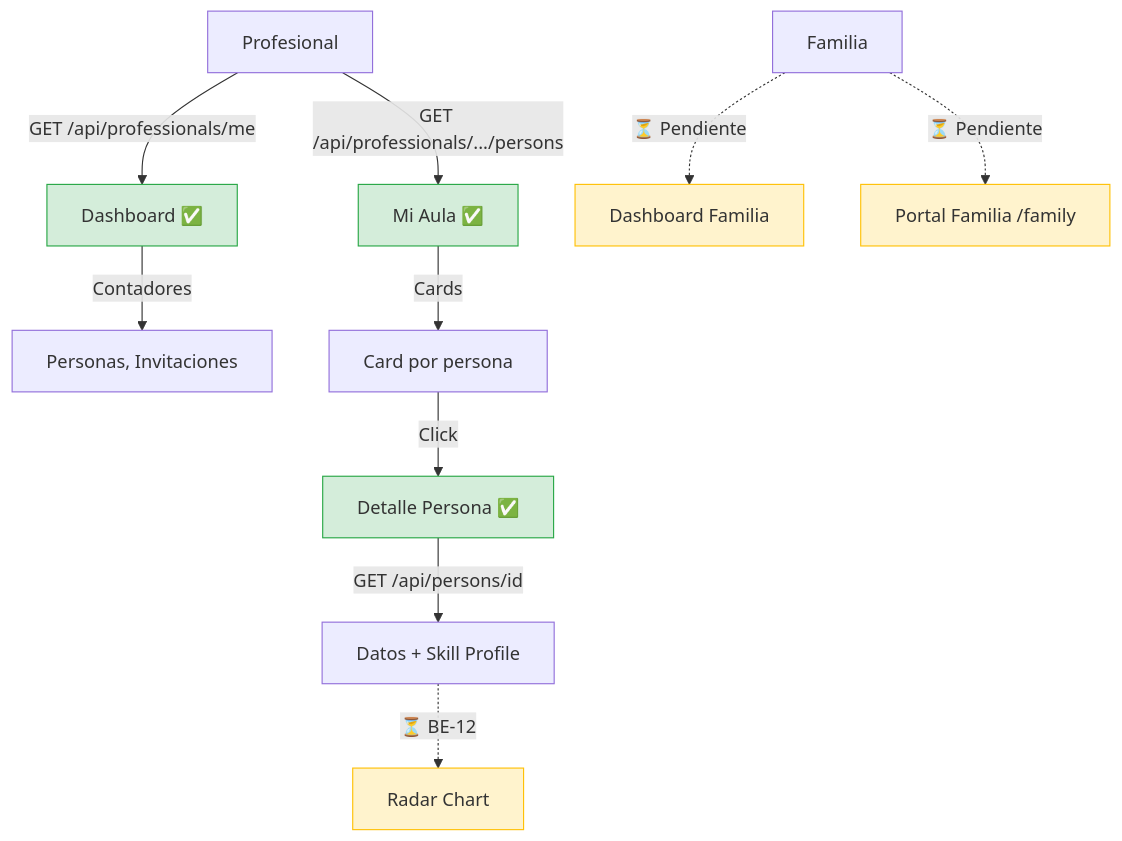
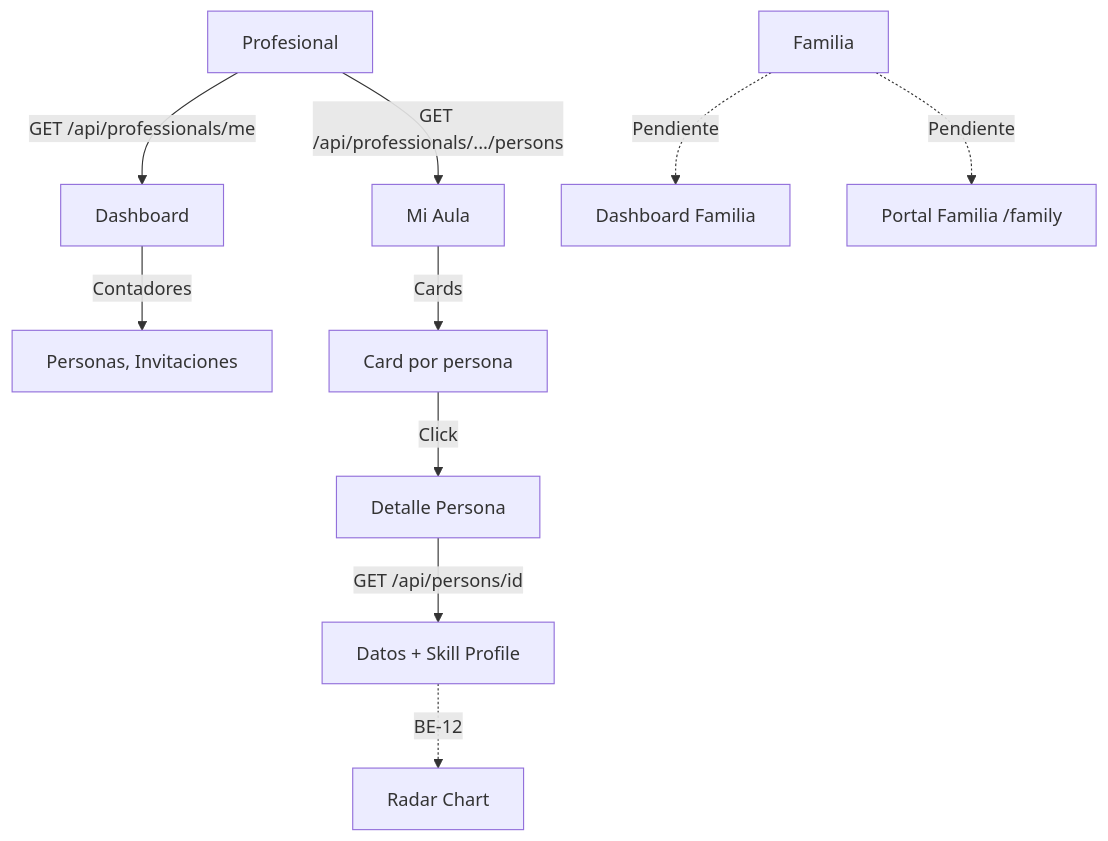
One commit to Sacha-html/InclusiON changed the diagram in Process/14-seguimiento-avances.md. Above: the diagram before and after it, drawn with Mermaid. The commit also changed other lines of this file and 32 other files, not shown here.

First line of the commit message:
Add context diagram, data dictionary, and glossary for InclusiON system

````diff
--- a/Process/14-seguimiento-avances.md
+++ b/Process/14-seguimiento-avances.md
@@ -45,22 +45,16 @@
 ```mermaid
 flowchart TD
-    PROF[Profesional] -->|GET /api/professionals/me| DASH[Dashboard ✅]
+    PROF[Profesional] -->|GET /api/professionals/me| DASH[Dashboard]
     DASH -->|Contadores| STATS[Personas, Invitaciones]
 
-    PROF -->|GET /api/professionals/.../persons| AULA[Mi Aula ✅]
+    PROF -->|GET /api/professionals/.../persons| AULA[Mi Aula]
     AULA -->|Cards| CARDS[Card por persona]
-    CARDS -->|Click| DET[Detalle Persona ✅]
+    CARDS -->|Click| DET[Detalle Persona]
     DET -->|GET /api/persons/id| DATOS[Datos + Skill Profile]
 
-    DATOS -.->|⏳ BE-12| RADAR[Radar Chart]
+    DATOS -.->|BE-12| RADAR[Radar Chart]
 
-    FAM[Familia] -.->|⏳ Pendiente| DASH_F[Dashboard Familia]
-    FAM -.->|⏳ Pendiente| PORTAL[Portal Familia /family]
+    FAM[Familia] -.->|Pendiente| DASH_F[Dashboard Familia]
+    FAM -.->|Pendiente| PORTAL[Portal Familia /family]
 
-    style DASH fill:#d4edda,stroke:#28a745
-    style AULA fill:#d4edda,stroke:#28a745
-    style DET fill:#d4edda,stroke:#28a745
-    style RADAR fill:#fff3cd,stroke:#ffc107
-    style DASH_F fill:#fff3cd,stroke:#ffc107
-    style PORTAL fill:#fff3cd,stroke:#ffc107
 ```
````
